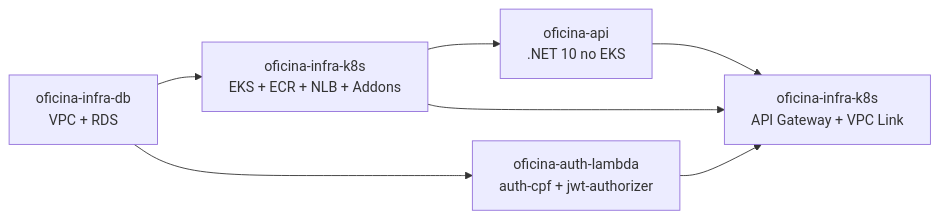
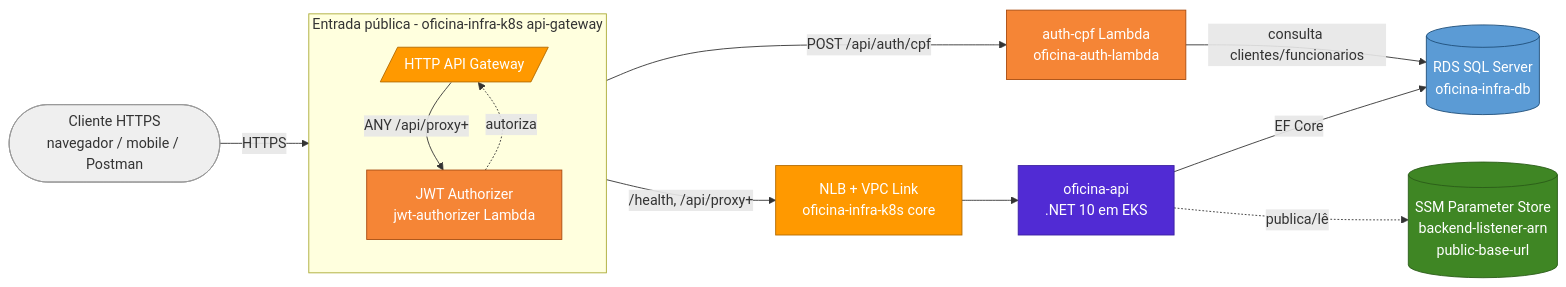
One commit to fabianorodrigues/oficina-infra-db changed the first of 2 diagrams in README.md. Above: the diagram before and after it, drawn with Mermaid. The commit also changed other lines of this file, not shown here.

````diff
--- a/README.md
+++ b/README.md
@@ -39,9 +40,33 @@
 ```mermaid
-graph LR
-  DB[oficina-infra-db<br/>VPC + RDS] --> K8S[oficina-infra-k8s<br/>EKS + ECR + NLB + Addons]
-  DB --> LMB[oficina-auth-lambda<br/>auth-cpf + jwt-authorizer]
-  K8S --> API[oficina-api<br/>.NET 10 no EKS]
-  K8S --> APIGW[oficina-infra-k8s<br/>API Gateway + VPC Link]
-  LMB --> APIGW
-  API --> APIGW
+flowchart LR
+    classDef db    fill:#5B9BD5,color:#fff,stroke:#1F4E79
+    classDef k8s   fill:#FF9900,color:#fff,stroke:#B36B00
+    classDef api   fill:#512BD4,color:#fff,stroke:#3A1FA0
+    classDef lmb   fill:#F58536,color:#fff,stroke:#A84B0F
+    classDef store fill:#3F8624,color:#fff,stroke:#2A5C18
+    classDef ext   fill:#EFEFEF,color:#333,stroke:#999
+
+    USER([Cliente HTTPS<br/>navegador / mobile / Postman]):::ext
+
+    subgraph PUB[Entrada pública - oficina-infra-k8s api-gateway]
+      direction TB
+      APIGW[/HTTP API Gateway/]:::k8s
+      AUTHZ[JWT Authorizer<br/>jwt-authorizer Lambda]:::lmb
+    end
+
+    AUTH[auth-cpf Lambda<br/>oficina-auth-lambda]:::lmb
+    NLB[NLB + VPC Link<br/>oficina-infra-k8s core]:::k8s
+    API[oficina-api<br/>.NET 10 em EKS]:::api
+    RDS[(RDS SQL Server<br/>oficina-infra-db)]:::db
+    SSM[(SSM Parameter Store<br/>backend-listener-arn<br/>public-base-url)]:::store
+
+    USER -->|HTTPS| APIGW
+    APIGW -->|POST /api/auth/cpf| AUTH
+    APIGW -->|ANY /api/proxy+| AUTHZ
+    AUTHZ -. autoriza .-> APIGW
+    APIGW -->|/health, /api/proxy+| NLB
+    NLB --> API
+    AUTH -->|consulta clientes/funcionarios| RDS
+    API -->|EF Core| RDS
+    API -. publica/lê .-> SSM
 ```
````
